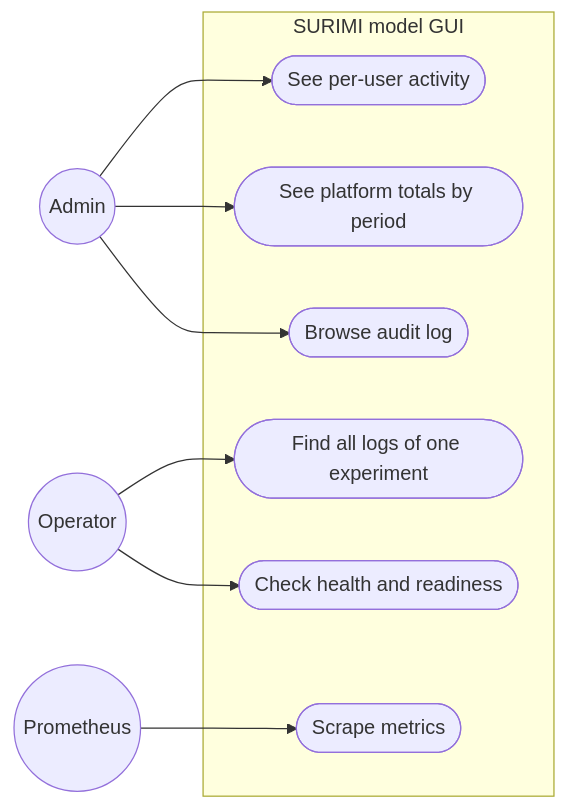
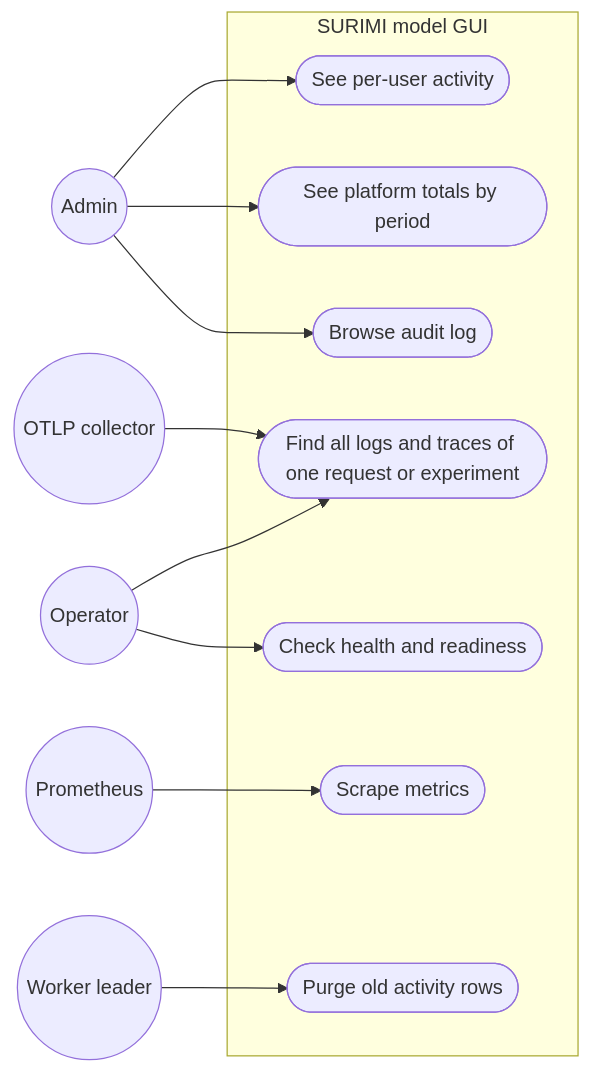
One commit to SURIMI-Project/SURIMI-modelgui changed the first of 4 diagrams in docs/features/observability-and-activity/README.md. Above: the diagram before and after it, drawn with Mermaid. The commit also changed other lines of this file and 63 other files, not shown here.

````diff
--- a/docs/features/observability-and-activity/README.md
+++ b/docs/features/observability-and-activity/README.md
@@ -28,20 +45,25 @@
 ```mermaid
 flowchart LR
     admin(("Admin"))
     ops(("Operator"))
     prom(("Prometheus"))
+    otel(("OTLP collector"))
+    worker(("Worker leader"))
     subgraph system [SURIMI model GUI]
         uc1(["See per-user activity"])
         uc2(["See platform totals by period"])
         uc3(["Browse audit log"])
-        uc4(["Find all logs of one experiment"])
+        uc4(["Find all logs and traces of one request or experiment"])
         uc5(["Scrape metrics"])
         uc6(["Check health and readiness"])
+        uc7(["Purge old activity rows"])
     end
     admin --> uc1
     admin --> uc2
     admin --> uc3
     ops --> uc4
     ops --> uc6
     prom --> uc5
+    otel --> uc4
+    worker --> uc7
 ```
````
